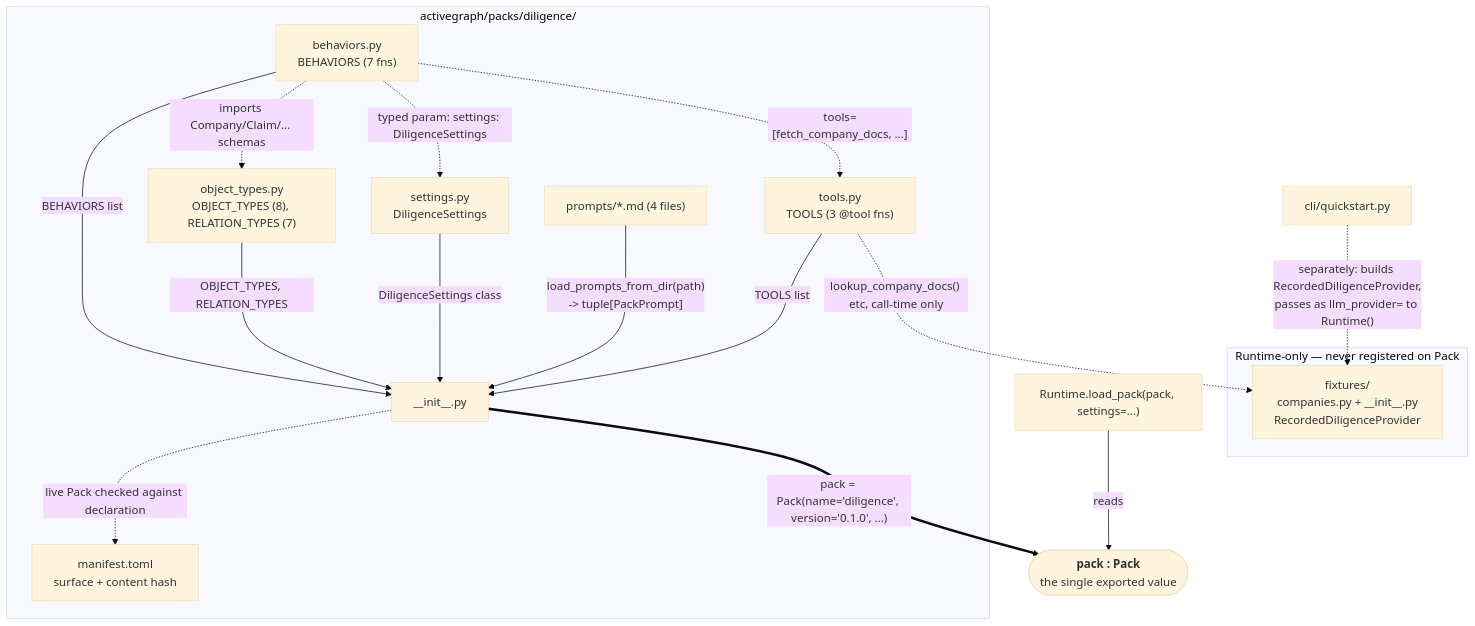
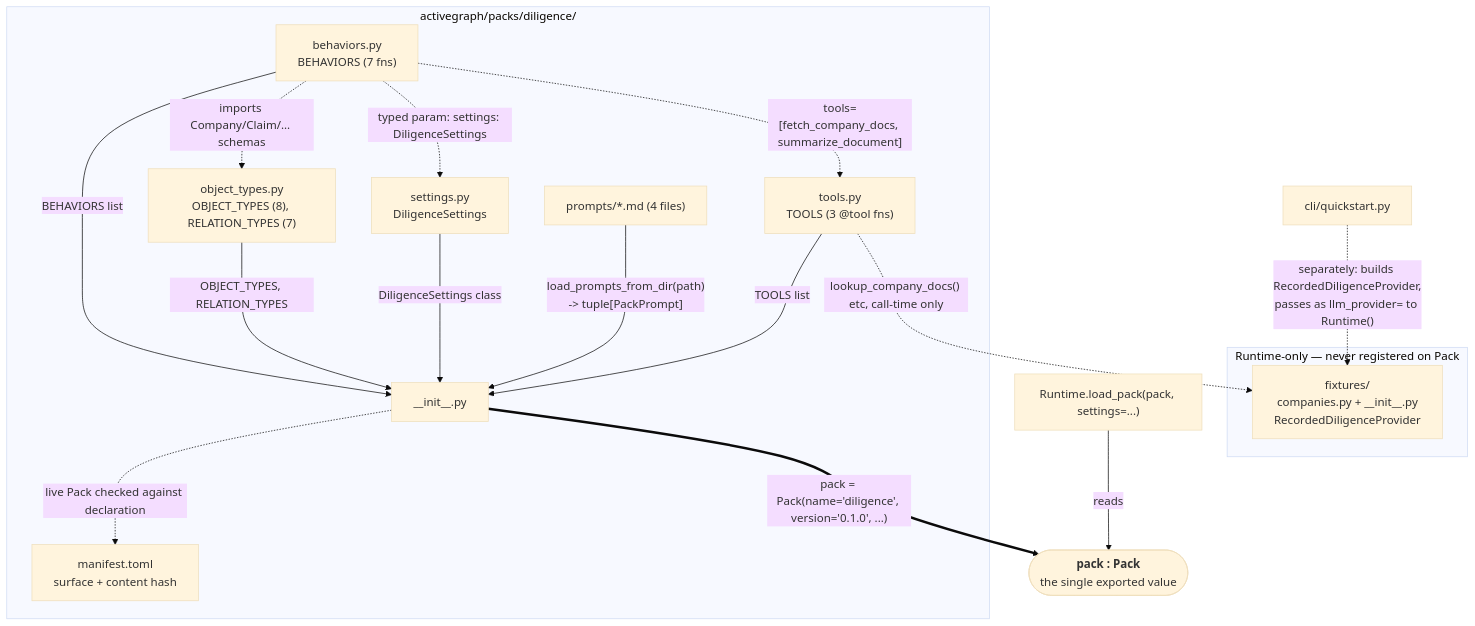
The first of 3 diagrams in specs/14-pack-anatomy-diligence.md (tha-hammer/silmari-activegraph), drawn with Mermaid (base theme) before and after one commit. The commit also changed other lines of this file, not shown here.

````diff
--- a/specs/14-pack-anatomy-diligence.md
+++ b/specs/14-pack-anatomy-diligence.md
@@ -55,33 +56,33 @@
 ```mermaid
 flowchart TD
     subgraph pkg["activegraph/packs/diligence/"]
         objtypes["object_types.py<br/>OBJECT_TYPES (8), RELATION_TYPES (7)"]
         settings["settings.py<br/>DiligenceSettings"]
         tools["tools.py<br/>TOOLS (3 @tool fns)"]
         behaviors["behaviors.py<br/>BEHAVIORS (7 fns)"]
         prompts["prompts/*.md (4 files)"]
         manifest["manifest.toml<br/>surface + content hash"]
         init["__init__.py"]
     end
 
     subgraph runtime_only["Runtime-only — never registered on Pack"]
         fixtures["fixtures/<br/>companies.py + __init__.py<br/>RecordedDiligenceProvider"]
     end
 
     objtypes -->|OBJECT_TYPES, RELATION_TYPES| init
     settings -->|DiligenceSettings class| init
     tools -->|TOOLS list| init
     behaviors -->|BEHAVIORS list| init
     prompts -->|"load_prompts_from_dir(path)<br/>-> tuple[PackPrompt]"| init
     init -.->|"live Pack checked against declaration"| manifest
 
     behaviors -.->|"imports Company/Claim/... schemas"| objtypes
     behaviors -.->|"typed param: settings: DiligenceSettings"| settings
-    behaviors -.->|"tools=[fetch_company_docs, ...]"| tools
+    behaviors -.->|"tools=[fetch_company_docs, summarize_document]"| tools
     tools -.->|"lookup_company_docs() etc, call-time only"| fixtures
 
     init ==>|"pack = Pack(name='diligence', version='0.1.0', ...)"| PACKOBJ(["<b>pack : Pack</b><br/>the single exported value"])
 
     caller["Runtime.load_pack(pack, settings=...)"] -->|reads| PACKOBJ
     demo["cli/quickstart.py"] -.->|"separately: builds RecordedDiligenceProvider,<br/>passes as llm_provider= to Runtime()"| fixtures
 ```
````
